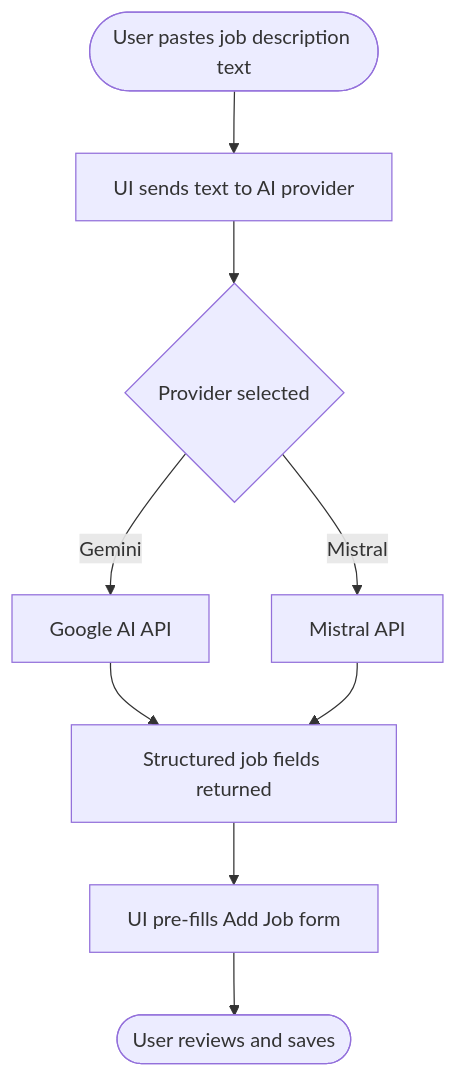
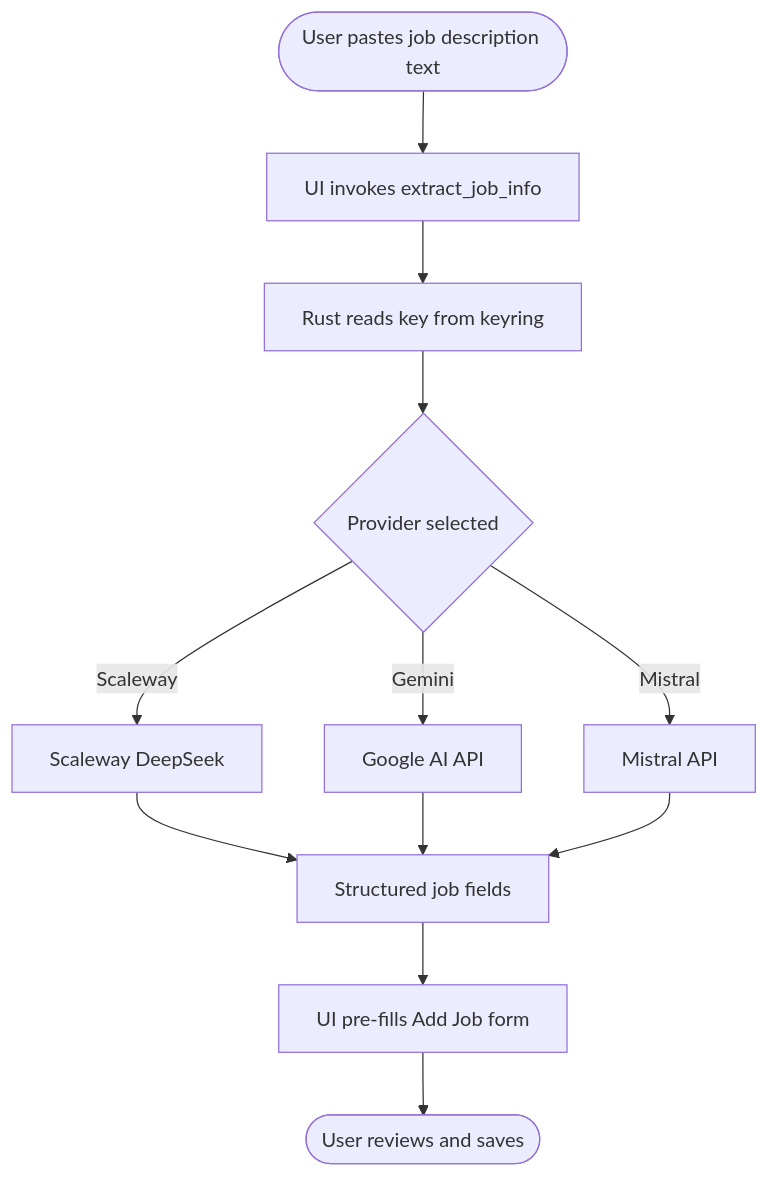
The fifth of 7 diagrams in docs/architecture.md (eikrad/Job-Tracker), drawn with Mermaid before and after one commit. The commit also changed other lines of this file and 7 other files, not shown here.

First line of the commit message:
docs: document keyring secrets, Rust LLM, and HTTP helpers

````diff
--- a/docs/architecture.md
+++ b/docs/architecture.md
@@ -119,11 +123,14 @@
 ```mermaid
 flowchart TD
-    A([User pastes job description text]) --> B[UI sends text to AI provider]
-    B --> C{Provider selected}
-    C -->|Gemini| D[Google AI API]
-    C -->|Mistral| E[Mistral API]
-    D --> F[Structured job fields returned]
-    E --> F
-    F --> G[UI pre-fills Add Job form]
-    G --> H([User reviews and saves])
+    A([User pastes job description text]) --> B[UI invokes extract_job_info]
+    B --> C[Rust reads key from keyring]
+    C --> D{Provider selected}
+    D -->|Scaleway| E[Scaleway DeepSeek]
+    D -->|Gemini| F[Google AI API]
+    D -->|Mistral| G[Mistral API]
+    E --> H[Structured job fields]
+    F --> H
+    G --> H
+    H --> I[UI pre-fills Add Job form]
+    I --> J([User reviews and saves])
 ```
````
